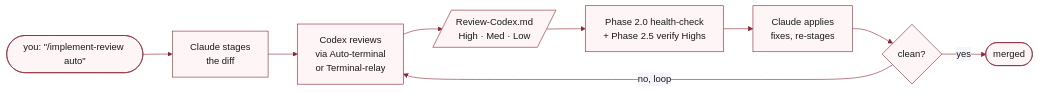
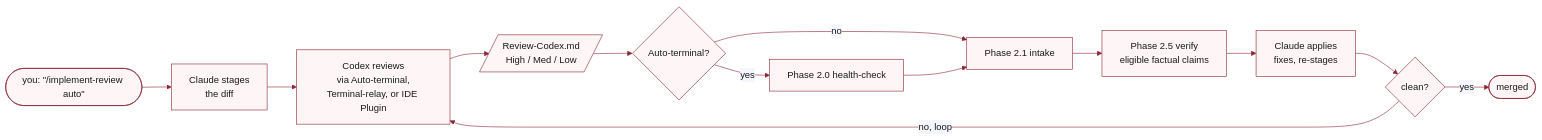
Before and after one commit to yzhao062/anywhere-agents: the diagram in docs/skills/implement-review.md, drawn with Mermaid. The commit also changed other lines of this file, not shown here.

````diff
--- a/docs/skills/implement-review.md
+++ b/docs/skills/implement-review.md
@@ -5,12 +5,16 @@
 ```mermaid
 %%{init: {'theme': 'base', 'themeVariables': { 'primaryColor': '#fdf5f6', 'primaryBorderColor': '#8b2635', 'primaryTextColor': '#1a1a1a', 'lineColor': '#8b2635'}}}%%
 flowchart LR
     A([you: &quot;/implement-review auto&quot;]) --> B[Claude stages<br/>the diff]
-    B --> C[Codex reviews<br/>via Auto-terminal<br/>or Terminal-relay]
-    C --> D[/Review-Codex.md<br/>High · Med · Low/]
-    D --> H[Phase 2.0 health-check<br/>+ Phase 2.5 verify Highs]
-    H --> E[Claude applies<br/>fixes, re-stages]
+    B --> C[Codex reviews<br/>via Auto-terminal,<br/>Terminal-relay, or IDE Plugin]
+    C --> D[/Review-Codex.md<br/>High / Med / Low/]
+    D --> H{Auto-terminal?}
+    H -->|yes| I[Phase 2.0 health-check]
+    H -->|no| J[Phase 2.1 intake]
+    I --> J
+    J --> K[Phase 2.5 verify<br/>eligible factual claims]
+    K --> E[Claude applies<br/>fixes, re-stages]
     E --> F{clean?}
     F -->|no, loop| C
     F -->|yes| G([merged])
 ```
````
